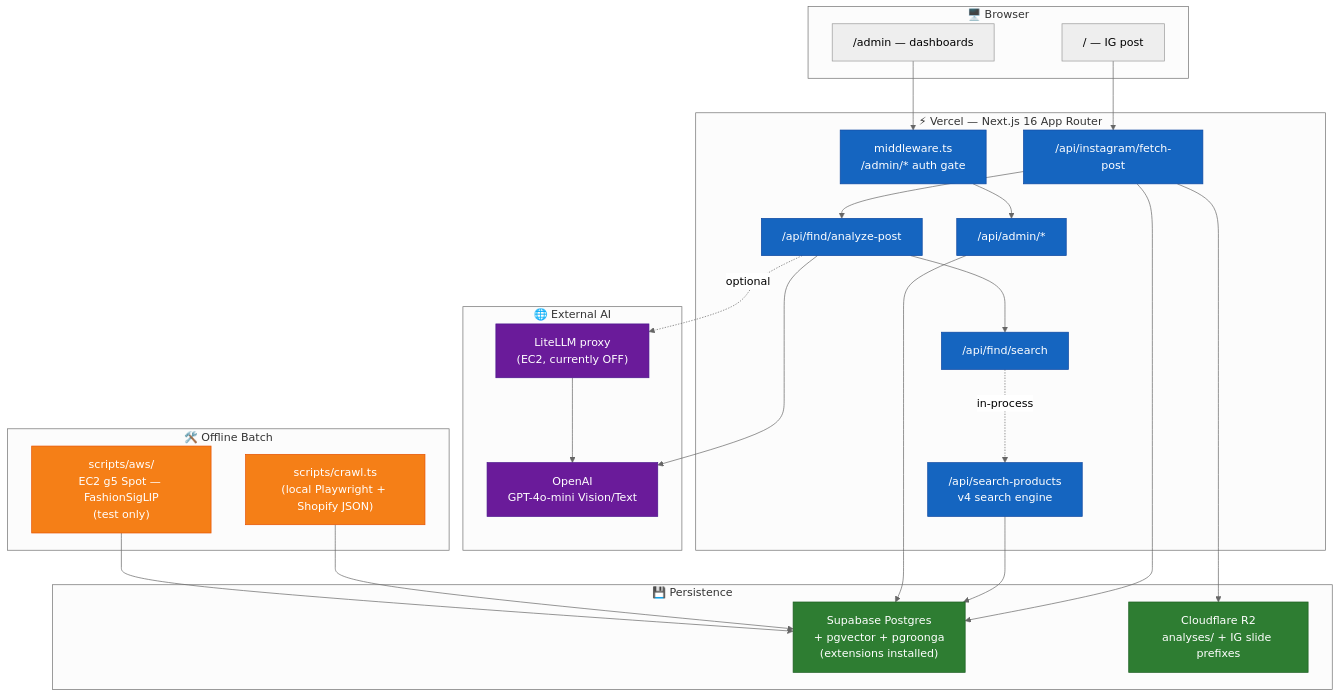
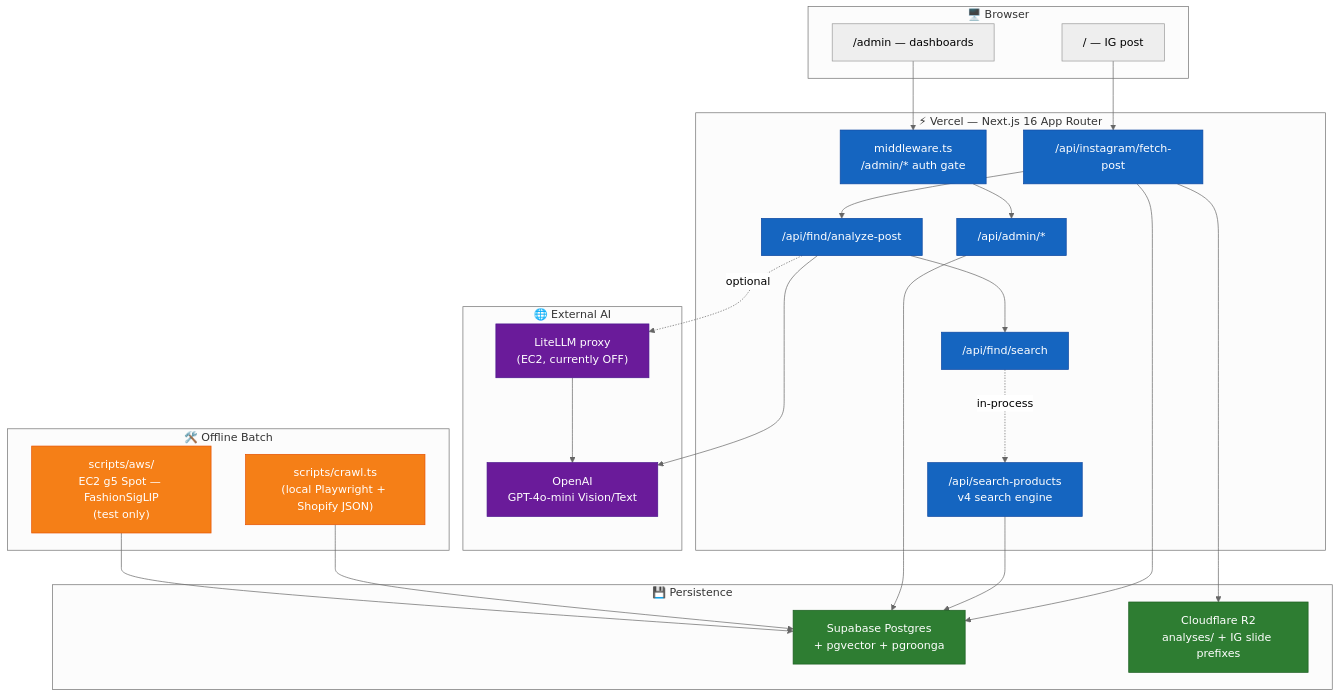
One commit to endurance-ai/portal.ai changed the diagram in docs/ARCHITECTURE.md. Above: the diagram before and after it, drawn with Mermaid (neutral theme). The commit also changed other lines of this file and 26 other files, not shown here.

````diff
--- a/docs/ARCHITECTURE.md
+++ b/docs/ARCHITECTURE.md
@@ -32,58 +27,56 @@
 ```mermaid
 graph TB
     subgraph Browser["🖥️ Browser"]
         U1["/ — IG post"]
         U2["/admin — dashboards"]
     end
 
     subgraph Vercel["⚡ Vercel — Next.js 16 App Router"]
         MW["middleware.ts<br/>/admin/* auth gate"]
         API_IG["/api/instagram/fetch-post"]
         API_FIND_AN["/api/find/analyze-post"]
         API_FIND_S["/api/find/search"]
         API_SEARCH["/api/search-products<br/>v4 search engine"]
         API_ADMIN["/api/admin/*"]
     end
 
     subgraph External["🌐 External AI"]
         OAI["OpenAI<br/>GPT-4o-mini Vision/Text"]
         LITELLM["LiteLLM proxy<br/>(EC2, currently OFF)"]
     end
 
     subgraph Data["💾 Persistence"]
-        SB["Supabase Postgres<br/>+ pgvector + pgroonga<br/>(extensions installed)"]
+        SB["Supabase Postgres<br/>+ pgvector + pgroonga"]
         R2["Cloudflare R2<br/>analyses/ + IG slide prefixes"]
     end
 
     subgraph Batch["🛠️ Offline Batch"]
         CRAWL["scripts/crawl.ts<br/>(local Playwright + Shopify JSON)"]
         EMBED["scripts/aws/<br/>EC2 g5 Spot — FashionSigLIP<br/>(test only)"]
     end
 
-    U1 --> API_IG
-    API_IG --> API_FIND_AN
-    API_FIND_AN --> API_FIND_S
+    U1 --> API_IG --> API_FIND_AN --> API_FIND_S
     API_FIND_S -. in-process .-> API_SEARCH
     U2 --> MW --> API_ADMIN
 
     API_FIND_AN --> OAI
     API_FIND_AN -.optional.-> LITELLM --> OAI
 
     API_IG --> R2
     API_IG --> SB
     API_SEARCH --> SB
     API_ADMIN --> SB
 
     CRAWL --> SB
     EMBED --> SB
 
     classDef vercel fill:#1565c0,stroke:#0d47a1,color:#fff
     classDef ext fill:#6a1b9a,stroke:#4a148c,color:#fff
     classDef data fill:#2e7d32,stroke:#1b5e20,color:#fff
     classDef batch fill:#f57f17,stroke:#e65100,color:#fff
 
     class MW,API_SEARCH,API_IG,API_FIND_AN,API_FIND_S,API_ADMIN vercel
     class OAI,LITELLM ext
     class SB,R2 data
     class CRAWL,EMBED batch
 ```
````
